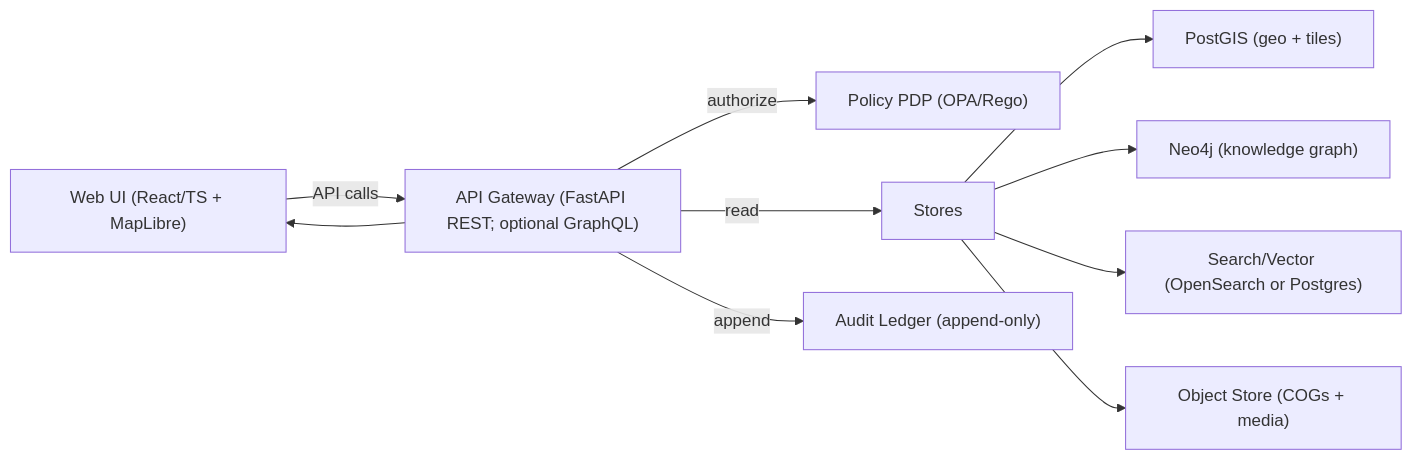
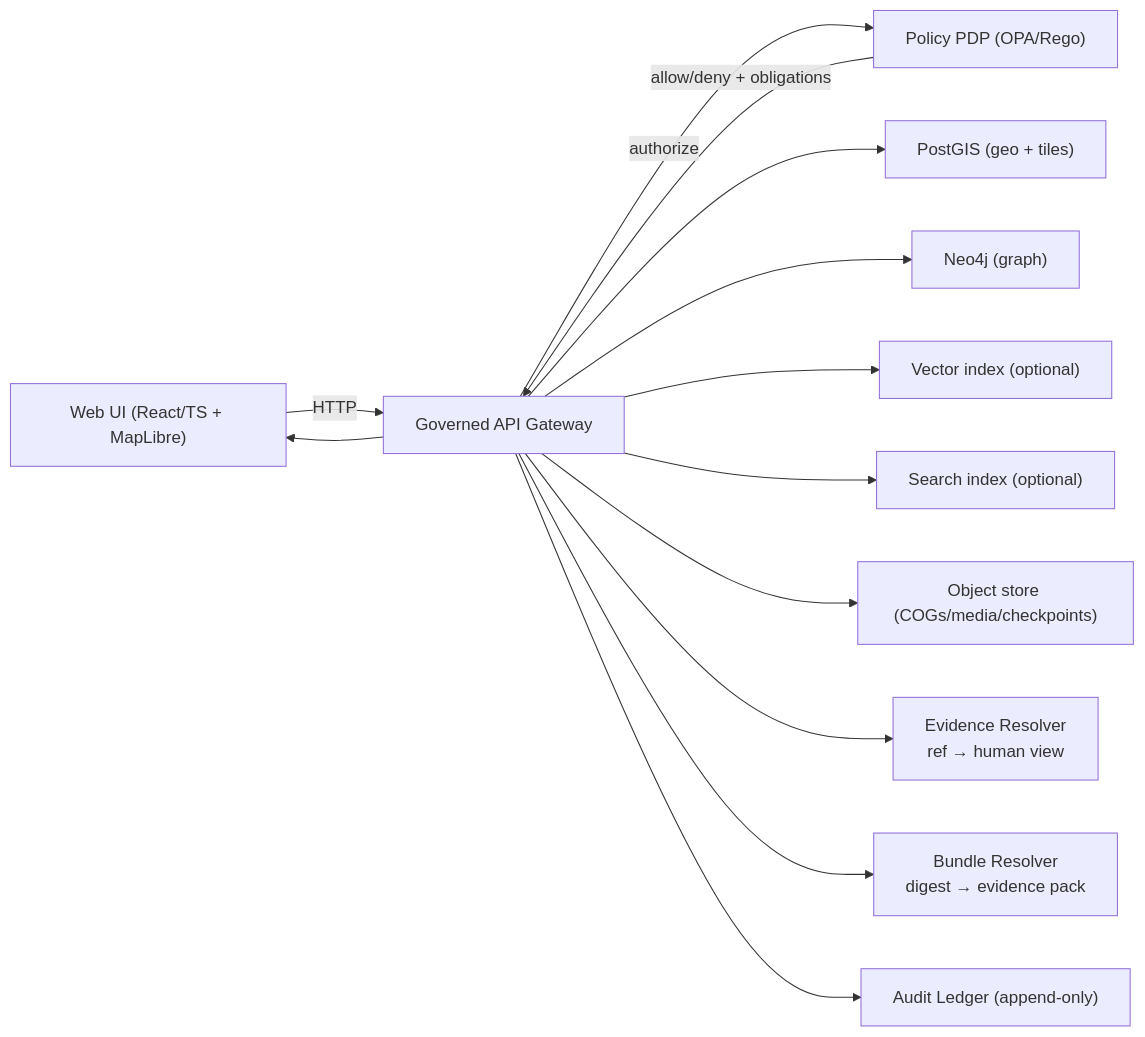
One commit to bartytime4life/Kansas-Frontier-Matrix changed the first of 2 diagrams in web/README.md. Above: the diagram before and after it, drawn with Mermaid. The commit also changed other lines of this file, not shown here.

````diff
--- a/web/README.md
+++ b/web/README.md
@@ -95,12 +115,18 @@
 ```mermaid
 flowchart LR
-  UI["Web UI (React/TS + MapLibre)"] -->|"API calls"| GW["API Gateway (FastAPI REST; optional GraphQL)"]
-  GW -->|"authorize"| OPA["Policy PDP (OPA/Rego)"]
-  GW -->|"read"| STORES["Stores"]
-  STORES --> PG["PostGIS (geo + tiles)"]
-  STORES --> N4J["Neo4j (knowledge graph)"]
-  STORES --> OS["Search/Vector (OpenSearch or Postgres)"]
-  STORES --> OBJ["Object Store (COGs + media)"]
-  GW -->|"append"| AUD["Audit Ledger (append-only)"]
-  GW --> UI
+  UI["Web UI (React/TS + MapLibre)"] -->|"HTTP"| API["Governed API Gateway"]
+  API -->|"authorize"| OPA["Policy PDP (OPA/Rego)"]
+  OPA -->|"allow/deny + obligations"| API
+
+  API --> PG["PostGIS (geo + tiles)"]
+  API --> N4J["Neo4j (graph)"]
+  API --> VEC["Vector index (optional)"]
+  API --> SRCH["Search index (optional)"]
+  API --> OBJ["Object store (COGs/media/checkpoints)"]
+
+  API --> EV["Evidence Resolver<br/>ref → human view"]
+  API --> BND["Bundle Resolver<br/>digest → evidence pack"]
+  API --> AUD["Audit Ledger (append-only)"]
+
+  API --> UI
 ```
````
